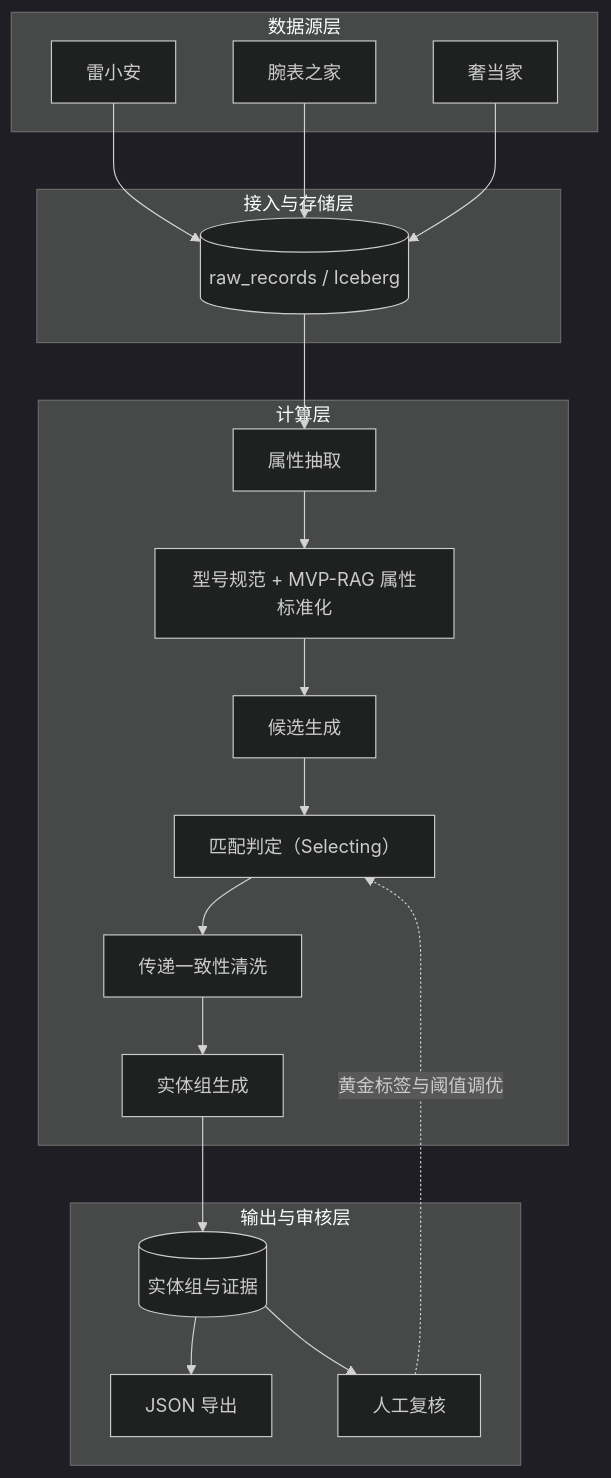
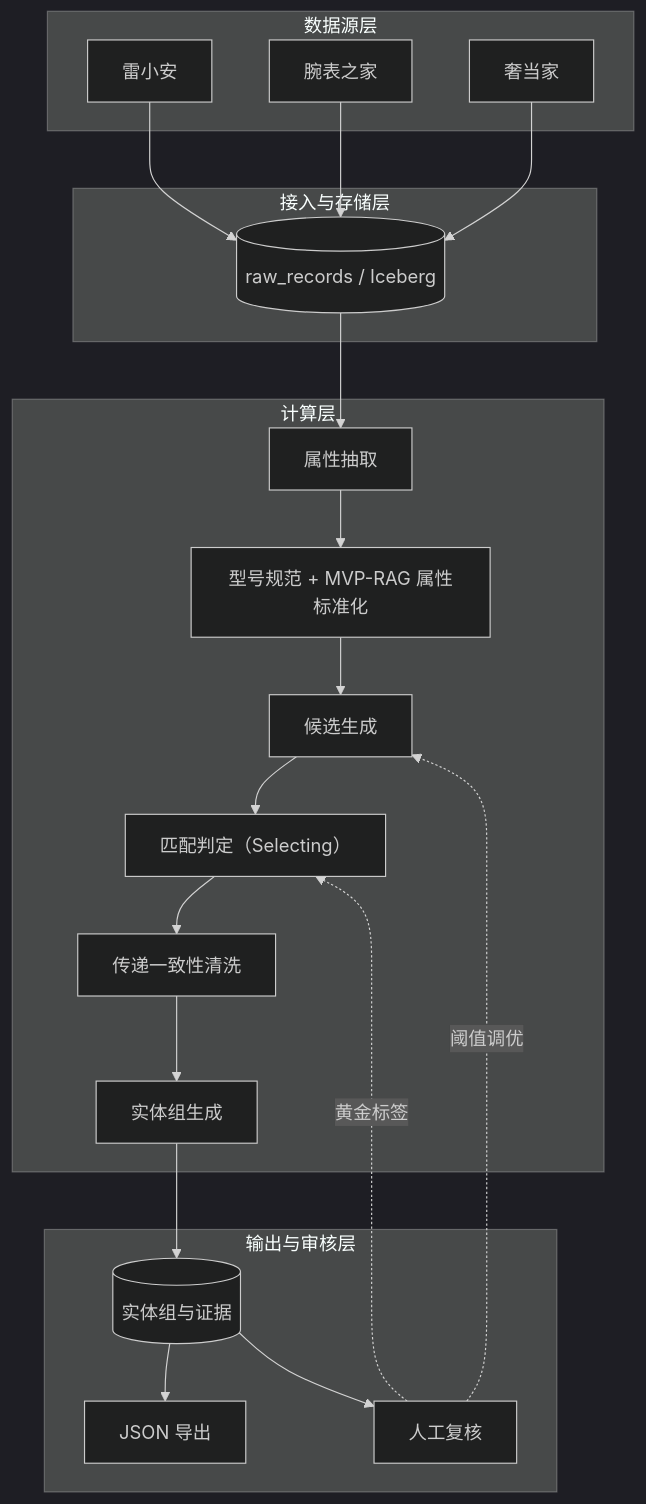
Before and after one commit to WorkerXu/my-doc: the first of 7 diagrams in 多来源商品数据合并系统设计.md, drawn with Mermaid (dark theme). The commit also changed other lines of this file, not shown here.

Commit message:
完善候选与标准化流程图

````diff
--- a/多来源商品数据合并系统设计.md
+++ b/多来源商品数据合并系统设计.md
@@ -22,35 +22,36 @@
 ```mermaid
 flowchart TB
     subgraph SRC["数据源层"]
         A[雷小安]
         B[腕表之家]
         C[奢当家]
     end
 
     subgraph INGEST["接入与存储层"]
         R[(raw_records / Iceberg)]
     end
 
     subgraph COMPUTE["计算层"]
         E[属性抽取]
         N[型号规范 + MVP-RAG 属性标准化]
         B1[候选生成]
         M[匹配判定（Selecting）]
         C1[传递一致性清洗]
         G[实体组生成]
     end
 
     subgraph OUTPUT["输出与审核层"]
         O[(实体组与证据)]
         J[JSON 导出]
         H[人工复核]
     end
 
     A --> R
     B --> R
     C --> R
     R --> E --> N --> B1 --> M --> C1 --> G --> O
     O --> J
     O --> H
-    H -. 黄金标签与阈值调优 .-> M
+    H -. 黄金标签 .-> M
+    H -. 阈值调优 .-> B1
 ```
````
